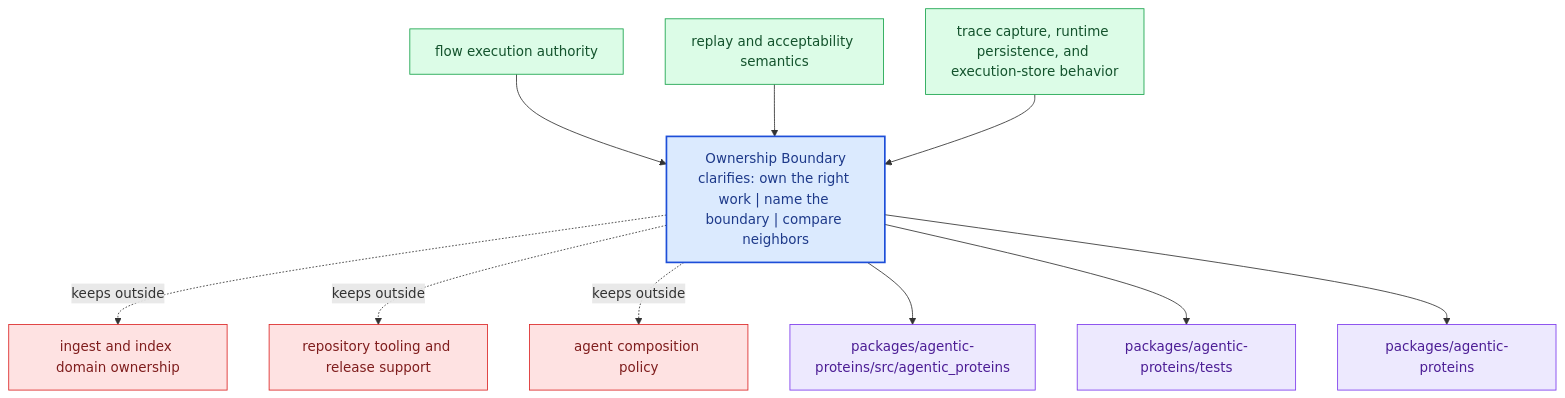
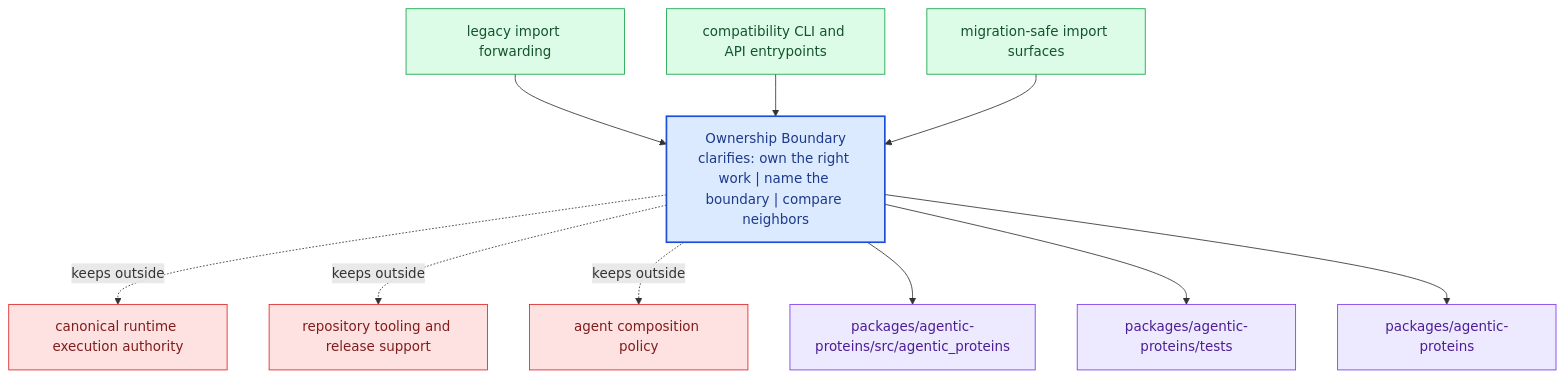
The diagram in docs/02-agentic-proteins/foundation/ownership-boundary.md (bijux/bijux-proteomics), drawn with Mermaid before and after one commit. The commit also changed other lines of this file, not shown here.

Commit message:
docs(compat): tighten agentic ownership boundary to forwarding surfaces

````diff
--- a/docs/02-agentic-proteins/foundation/ownership-boundary.md
+++ b/docs/02-agentic-proteins/foundation/ownership-boundary.md
@@ -23,31 +23,31 @@
 ```mermaid
 flowchart TB
     page["Ownership Boundary<br/>clarifies: own the right work | name the boundary | compare neighbors"]
     classDef page fill:#dbeafe,stroke:#1d4ed8,color:#1e3a8a,stroke-width:2px;
     classDef positive fill:#dcfce7,stroke:#16a34a,color:#14532d;
     classDef caution fill:#fee2e2,stroke:#dc2626,color:#7f1d1d;
     classDef anchor fill:#ede9fe,stroke:#7c3aed,color:#4c1d95;
     classDef action fill:#fef3c7,stroke:#d97706,color:#7c2d12;
-    own1["flow execution authority"]
+    own1["legacy import forwarding"]
     own1 --> page
-    own2["replay and acceptability semantics"]
+    own2["compatibility CLI and API entrypoints"]
     own2 --> page
-    own3["trace capture, runtime persistence, and execution-store behavior"]
+    own3["migration-safe import surfaces"]
     own3 --> page
-    limit1["ingest and index domain ownership"]
+    limit1["canonical runtime execution authority"]
     page -.keeps outside.-> limit1
     limit2["repository tooling and release support"]
     page -.keeps outside.-> limit2
     limit3["agent composition policy"]
     page -.keeps outside.-> limit3
     anchor1["packages/agentic-proteins/src/agentic_proteins"]
     page --> anchor1
     anchor2["packages/agentic-proteins/tests"]
     page --> anchor2
     anchor3["packages/agentic-proteins"]
     page --> anchor3
     class page page;
     class own1,own2,own3 positive;
     class limit1,limit2,limit3 caution;
     class anchor1,anchor2,anchor3 anchor;
 ```
````
